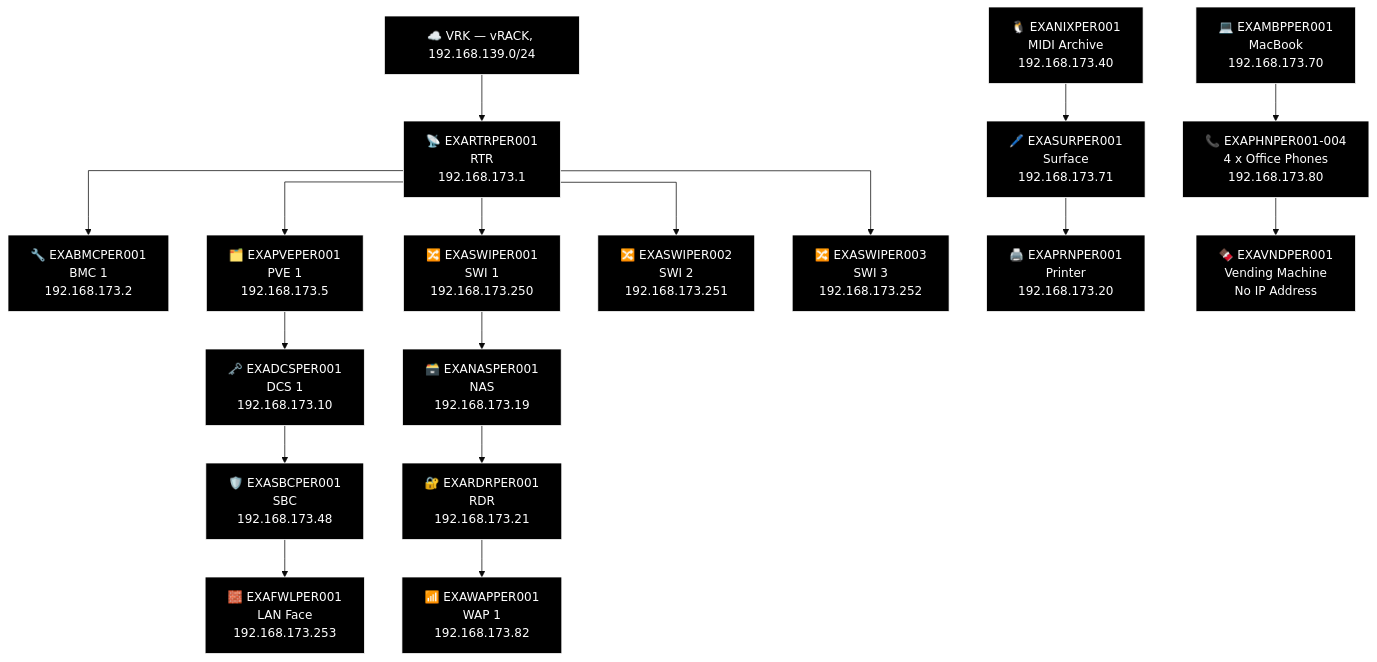
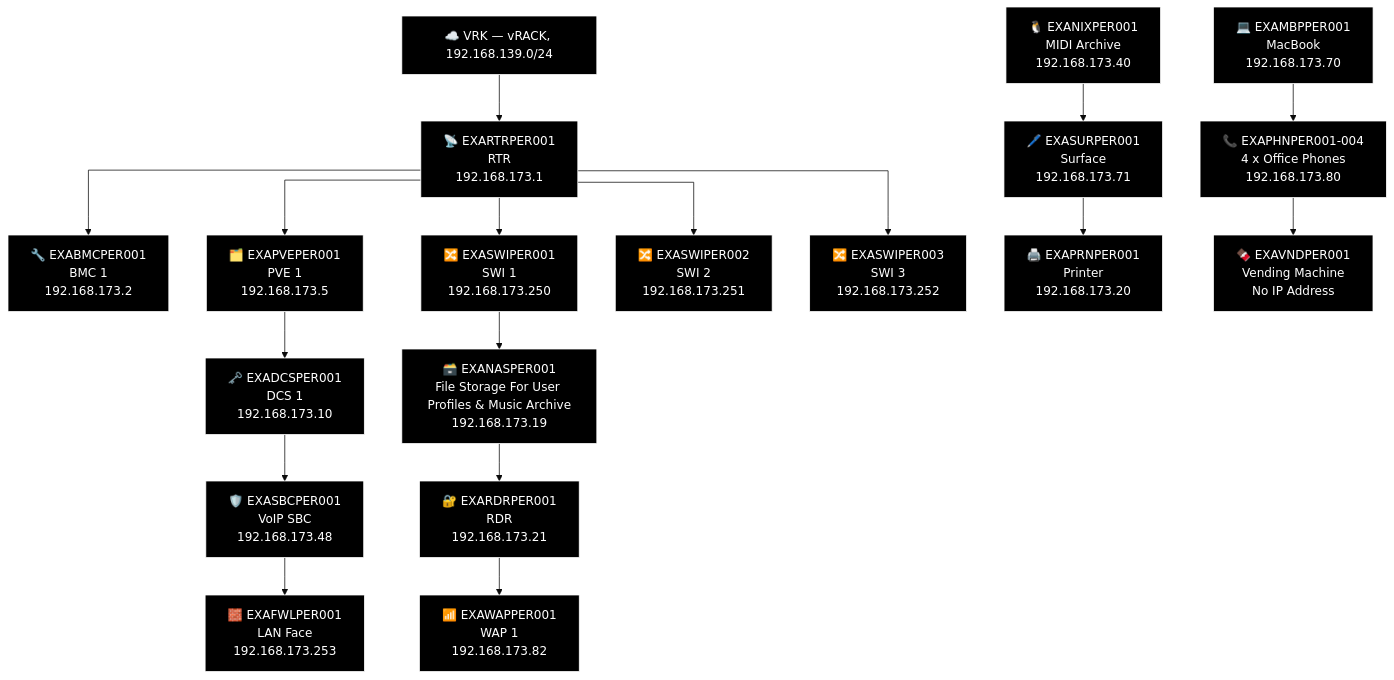
Diagram 18 of 21 in docs/network-diagram/scotland.md (knightmare2600/example_music_infra), drawn with Mermaid (base theme) before and after one commit. The commit also changed other lines of this file and 36 other files, not shown here.

First line of the commit message:
devices.csv: add real WAP/SBC/RAC/NAS/ILO/FWL rows for the missing-row backlog

````diff
--- a/docs/network-diagram/scotland.md
+++ b/docs/network-diagram/scotland.md
@@ -1014,54 +1014,54 @@
 ```mermaid
 %% GENERATED:TOPOLOGY:PER:START
 %%{init: {'flowchart': {'curve': 'stepAfter'}}}%%
 graph TD
     T_VRK["☁️ VRK — vRACK, 192.168.139.0/24"]
     T_RTR["📡 EXARTRPER001<br/>RTR<br/>192.168.173.1"]
     T_VRK --> T_RTR
     T_BMC["🔧 EXABMCPER001<br/>BMC 1<br/>192.168.173.2"]
     T_RTR --> T_BMC
     T_PVE["🗂️ EXAPVEPER001<br/>PVE 1<br/>192.168.173.5"]
     T_RTR --> T_PVE
     T_SWI["🔀 EXASWIPER001<br/>SWI 1<br/>192.168.173.250"]
     T_RTR --> T_SWI
     T_SWI2["🔀 EXASWIPER002<br/>SWI 2<br/>192.168.173.251"]
     T_RTR --> T_SWI2
     T_SWI3["🔀 EXASWIPER003<br/>SWI 3<br/>192.168.173.252"]
     T_RTR --> T_SWI3
-    T_NAS["🗃️ EXANASPER001<br/>NAS<br/>192.168.173.19"]
+    T_NAS["🗃️ EXANASPER001<br/>File Storage For User Profiles & Music Archive<br/>192.168.173.19"]
     T_RDR["🔐 EXARDRPER001<br/>RDR<br/>192.168.173.21"]
     T_WAP["📶 EXAWAPPER001<br/>WAP 1<br/>192.168.173.82"]
     T_SWI --> T_NAS --> T_RDR --> T_WAP
     T_DCS["🗝️ EXADCSPER001<br/>DCS 1<br/>192.168.173.10"]
-    T_SBC["🛡️ EXASBCPER001<br/>SBC<br/>192.168.173.48"]
+    T_SBC["🛡️ EXASBCPER001<br/>VoIP SBC<br/>192.168.173.48"]
     T_FWL["🧱 EXAFWLPER001<br/>LAN Face<br/>192.168.173.253"]
     T_PVE --> T_DCS --> T_SBC --> T_FWL
     T_NIX["🐧 EXANIXPER001<br/>MIDI Archive<br/>192.168.173.40"]
     T_MBP["💻 EXAMBPPER001<br/>MacBook<br/>192.168.173.70"]
     T_SUR["🖊️ EXASURPER001<br/>Surface<br/>192.168.173.71"]
     T_OTH_PHN["📞 EXAPHNPER001-004<br/>4 x Office Phones<br/>192.168.173.80"]
     T_PRN["🖨️ EXAPRNPER001<br/>Printer<br/>192.168.173.20"]
     T_VND["🍫 EXAVNDPER001<br/>Vending Machine<br/>No IP Address"]
     T_NIX --> T_SUR --> T_PRN
     T_MBP --> T_OTH_PHN --> T_VND
     style T_VRK fill:#000000,stroke:#FFFFFF,color:#FFFFFF
     style T_RTR fill:#000000,stroke:#FFFFFF,color:#FFFFFF
     style T_BMC fill:#000000,stroke:#FFFFFF,color:#FFFFFF
     style T_PVE fill:#000000,stroke:#FFFFFF,color:#FFFFFF
     style T_SWI fill:#000000,stroke:#FFFFFF,color:#FFFFFF
     style T_SWI2 fill:#000000,stroke:#FFFFFF,color:#FFFFFF
     style T_SWI3 fill:#000000,stroke:#FFFFFF,color:#FFFFFF
     style T_NAS fill:#000000,stroke:#FFFFFF,color:#FFFFFF
     style T_RDR fill:#000000,stroke:#FFFFFF,color:#FFFFFF
     style T_WAP fill:#000000,stroke:#FFFFFF,color:#FFFFFF
     style T_DCS fill:#000000,stroke:#FFFFFF,color:#FFFFFF
     style T_SBC fill:#000000,stroke:#FFFFFF,color:#FFFFFF
     style T_FWL fill:#000000,stroke:#FFFFFF,color:#FFFFFF
     style T_NIX fill:#000000,stroke:#FFFFFF,color:#FFFFFF
     style T_MBP fill:#000000,stroke:#FFFFFF,color:#FFFFFF
     style T_SUR fill:#000000,stroke:#FFFFFF,color:#FFFFFF
     style T_OTH_PHN fill:#000000,stroke:#FFFFFF,color:#FFFFFF
     style T_PRN fill:#000000,stroke:#FFFFFF,color:#FFFFFF
     style T_VND fill:#000000,stroke:#FFFFFF,color:#FFFFFF
 %% GENERATED:TOPOLOGY:PER:END
 ```
````
